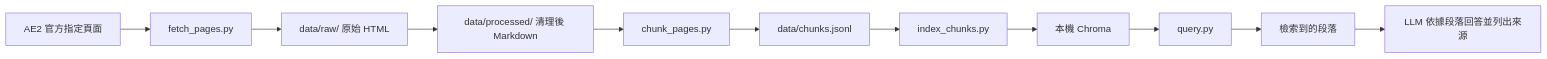
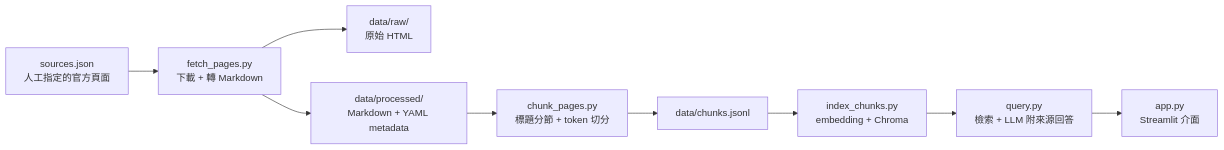
The diagram in README.md (Star-Meow/Minecraft_RAG), drawn with Mermaid before and after one commit. The commit also changed other lines of this file and 4 other files, not shown here.

````diff
--- a/README.md
+++ b/README.md
@@ -60,13 +19,11 @@
 ```mermaid
 flowchart LR
-    A[AE2 官方指定頁面] --> B[fetch_pages.py]
-    B --> C[data/raw/ 原始 HTML]
-    C --> D[data/processed/ 清理後 Markdown]
-    D --> E[chunk_pages.py]
-    E --> F[data/chunks.jsonl]
-    F --> G[index_chunks.py]
-    G --> H[本機 Chroma]
-    H --> I[query.py]
-    I --> J[檢索到的段落]
-    J --> K[LLM 依據段落回答並列出來源]
+    A["sources.json<br>人工指定的官方頁面"] --> B["fetch_pages.py<br>下載 + 轉 Markdown"]
+    B --> C["data/raw/<br>原始 HTML"]
+    B --> D["data/processed/<br>Markdown + YAML metadata"]
+    D --> E["chunk_pages.py<br>標題分節 + token 切分"]
+    E --> F["data/chunks.jsonl"]
+    F --> G["index_chunks.py<br>embedding + Chroma"]
+    G --> H["query.py<br>檢索 + LLM 附來源回答"]
+    H --> I["app.py<br>Streamlit 介面"]
 ```
````
